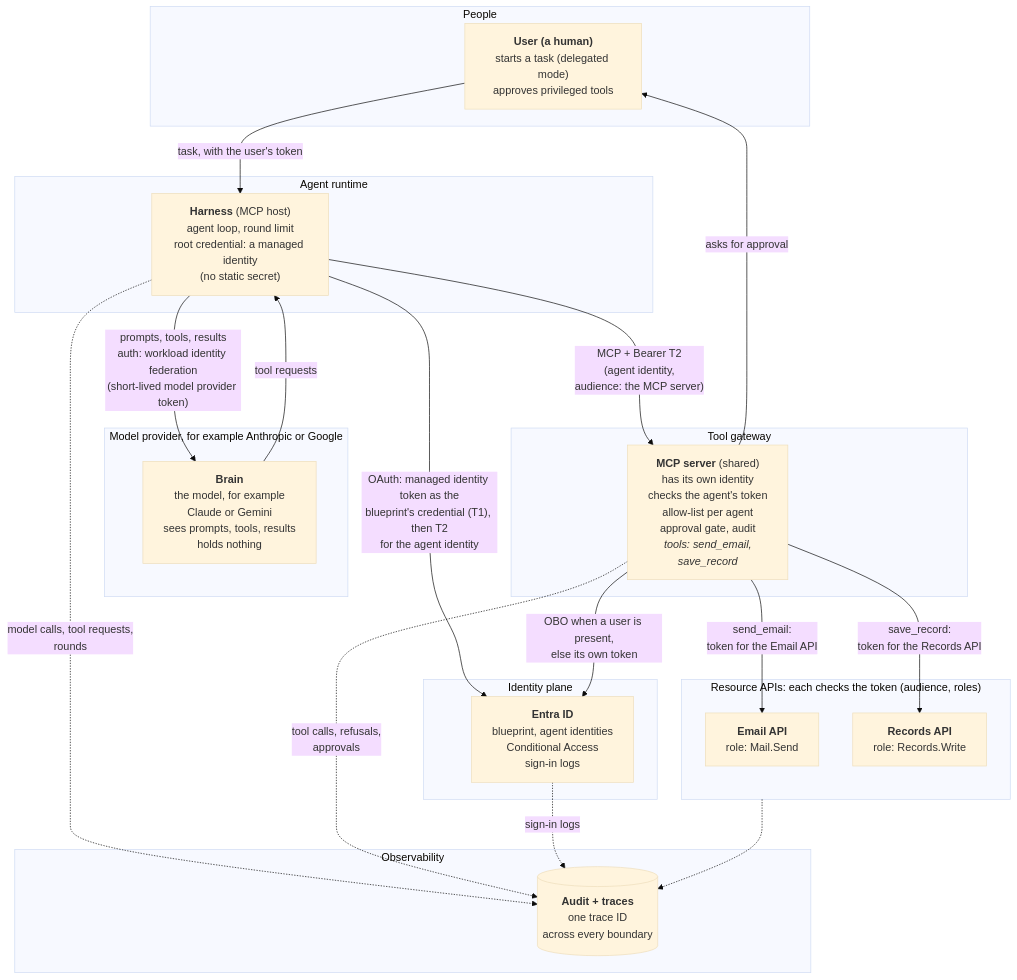
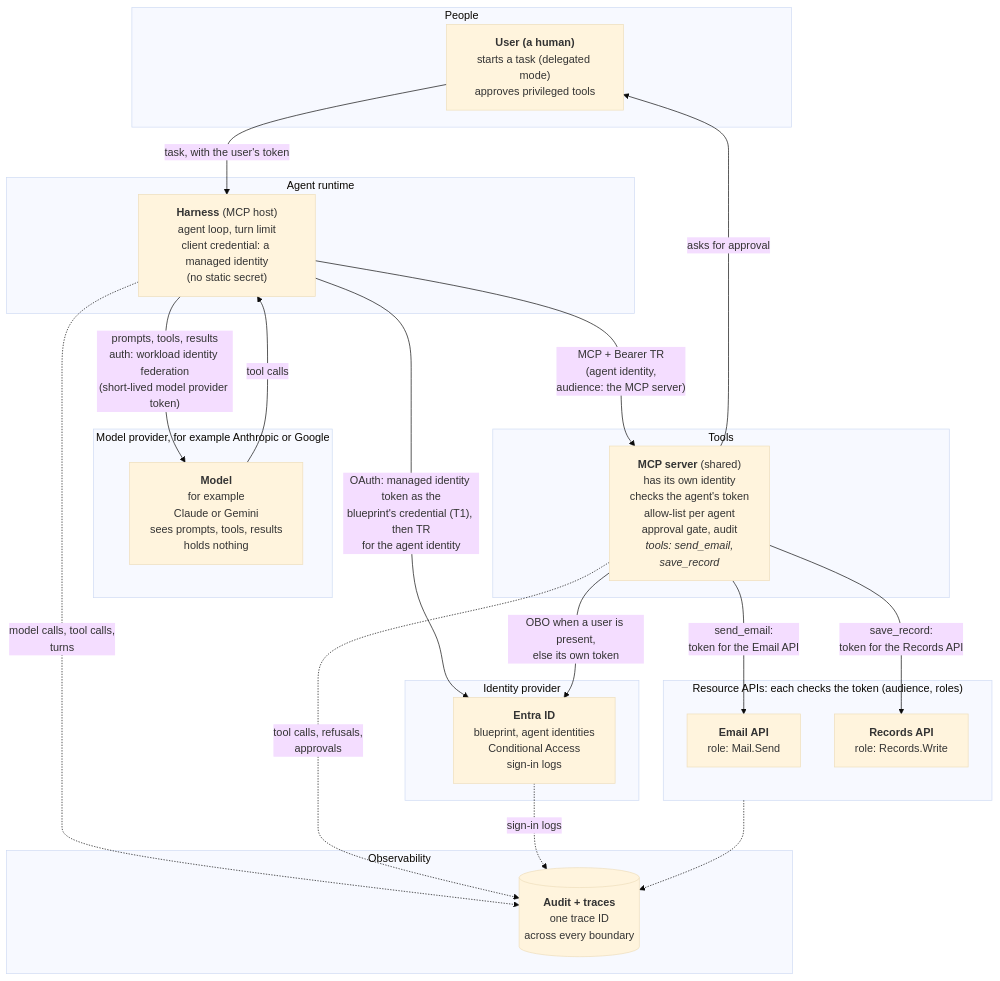
The first of 5 diagrams in docs/agent-architecture.md (alireza-mpr/agent-steward), drawn with Mermaid (base theme) before and after one commit. The commit also changed other lines of this file and 16 other files, not shown here.

````diff
--- a/docs/agent-architecture.md
+++ b/docs/agent-architecture.md
@@ -55,45 +59,45 @@
 ```mermaid
 flowchart TB
     subgraph PEOPLE["People"]
         USER["<b>User (a human)</b><br/>starts a task (delegated mode)<br/>approves privileged tools"]
     end
 
     subgraph PROVIDER["Model provider, for example Anthropic or Google"]
-        BRAIN["<b>Brain</b><br/>the model, for example<br/>Claude or Gemini<br/>sees prompts, tools, results<br/>holds nothing"]
+        MODEL["<b>Model</b><br/>for example<br/>Claude or Gemini<br/>sees prompts, tools, results<br/>holds nothing"]
     end
 
     subgraph RUNTIME["Agent runtime"]
-        HARNESS["<b>Harness</b> (MCP host)<br/>agent loop, round limit<br/>root credential: a managed identity<br/>(no static secret)"]
+        HARNESS["<b>Harness</b> (MCP host)<br/>agent loop, turn limit<br/>client credential: a managed identity<br/>(no static secret)"]
     end
 
-    subgraph GATEWAY["Tool gateway"]
+    subgraph GATEWAY["Tools"]
         MCP["<b>MCP server</b> (shared)<br/>has its own identity<br/>checks the agent's token<br/>allow-list per agent<br/>approval gate, audit<br/><i>tools: send_email,<br/>save_record</i>"]
     end
 
     subgraph RESOURCES["Resource APIs: each checks the token (audience, roles)"]
         EMAIL["<b>Email API</b><br/>role: Mail.Send"]
         RECORDS["<b>Records API</b><br/>role: Records.Write"]
     end
 
-    subgraph IDP["Identity plane"]
+    subgraph IDP["Identity provider"]
         ENTRA["<b>Entra ID</b><br/>blueprint, agent identities<br/>Conditional Access<br/>sign-in logs"]
     end
 
     subgraph OBS["Observability"]
         LOGS[("<b>Audit + traces</b><br/>one trace ID<br/>across every boundary")]
     end
 
     USER -- "task, with the user's token" --> HARNESS
-    HARNESS -- "prompts, tools, results<br/>auth: workload identity federation<br/>(short-lived model provider token)" --> BRAIN
-    BRAIN -- "tool requests" --> HARNESS
-    HARNESS -- "OAuth: managed identity token as the<br/>blueprint's credential (T1), then T2<br/>for the agent identity" --> ENTRA
-    HARNESS -- "MCP + Bearer T2<br/>(agent identity,<br/>audience: the MCP server)" --> MCP
+    HARNESS -- "prompts, tools, results<br/>auth: workload identity federation<br/>(short-lived model provider token)" --> MODEL
+    MODEL -- "tool calls" --> HARNESS
+    HARNESS -- "OAuth: managed identity token as the<br/>blueprint's credential (T1), then TR<br/>for the agent identity" --> ENTRA
+    HARNESS -- "MCP + Bearer TR<br/>(agent identity,<br/>audience: the MCP server)" --> MCP
     MCP -- "OBO when a user is present,<br/>else its own token" --> ENTRA
     MCP -- "send_email:<br/>token for the Email API" --> EMAIL
     MCP -- "save_record:<br/>token for the Records API" --> RECORDS
     MCP -- "asks for approval" --> USER
-    HARNESS -. "model calls, tool requests,<br/>rounds" .-> LOGS
+    HARNESS -. "model calls, tool calls,<br/>turns" .-> LOGS
     MCP -. "tool calls, refusals,<br/>approvals" .-> LOGS
     RESOURCES -.-> LOGS
     ENTRA -. "sign-in logs" .-> LOGS
 ```
````
